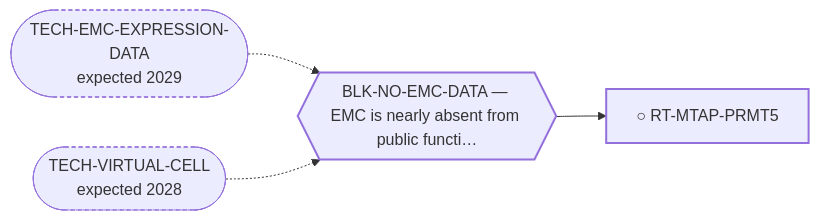
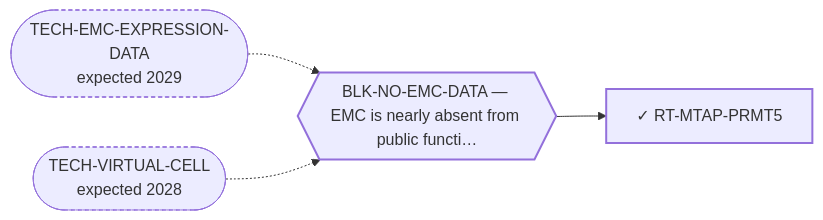
Before and after one commit to trimcrae/Rare-cancers: the diagram in systems/views/L2-rt-mtap-prmt5.md, drawn with Mermaid. The commit also changed other lines of this file and 8 other files, not shown here.

````diff
--- a/systems/views/L2-rt-mtap-prmt5.md
+++ b/systems/views/L2-rt-mtap-prmt5.md
@@ -27,14 +27,14 @@
 ```mermaid
 flowchart LR
-  RT_MTAP_PRMT5["○ RT-MTAP-PRMT5"]:::fam
+  RT_MTAP_PRMT5["✓ RT-MTAP-PRMT5"]:::fam
   BLK_NO_EMC_DATA{{"BLK-NO-EMC-DATA — EMC is nearly absent from public functi…"}}:::blk
   BLK_NO_EMC_DATA --> RT_MTAP_PRMT5
   TECH_EMC_EXPRESSION_DATA(["TECH-EMC-EXPRESSION-DATA<br/>expected 2029"]):::tech
   TECH_EMC_EXPRESSION_DATA -.-> BLK_NO_EMC_DATA
   TECH_VIRTUAL_CELL(["TECH-VIRTUAL-CELL<br/>expected 2028"]):::tech
   TECH_VIRTUAL_CELL -.-> BLK_NO_EMC_DATA
   classDef fam stroke-width:2px;
   classDef blk stroke-width:2px;
   classDef perm stroke-width:4px;
   classDef tech stroke-width:1px,stroke-dasharray:4 3;
 ```
````
